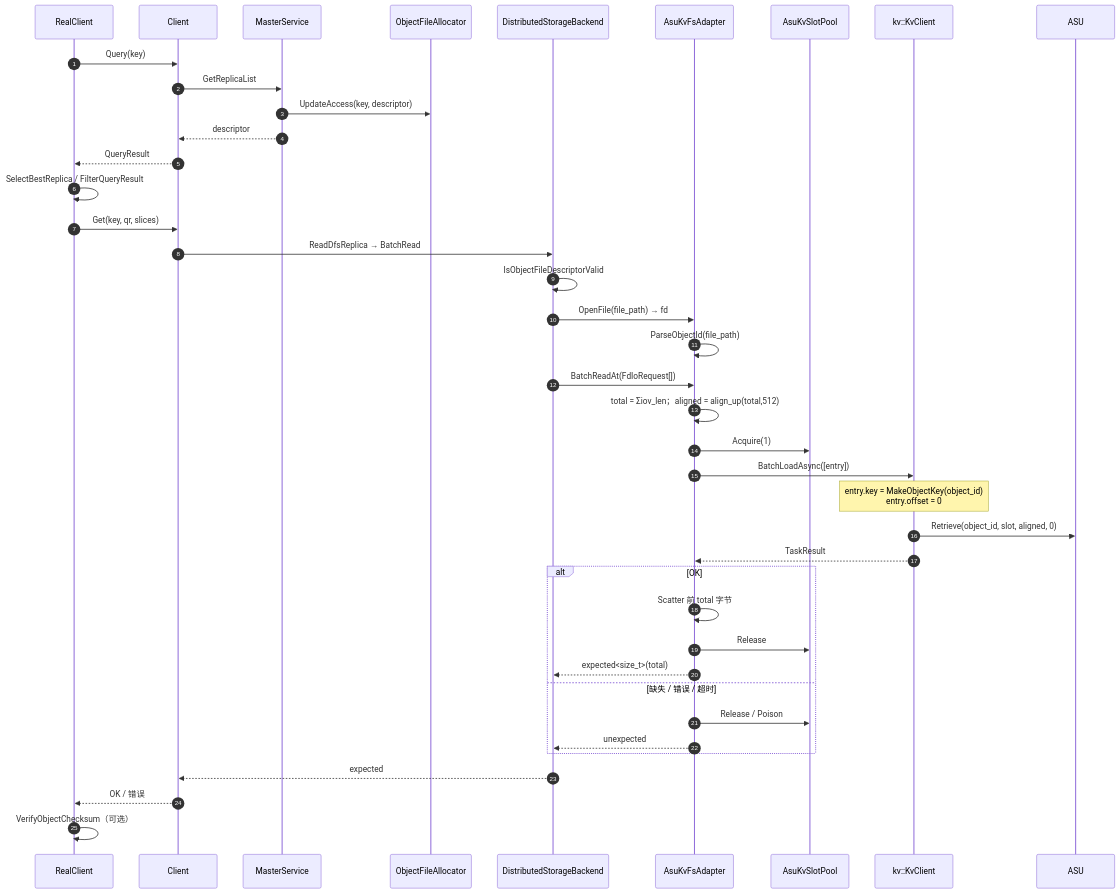
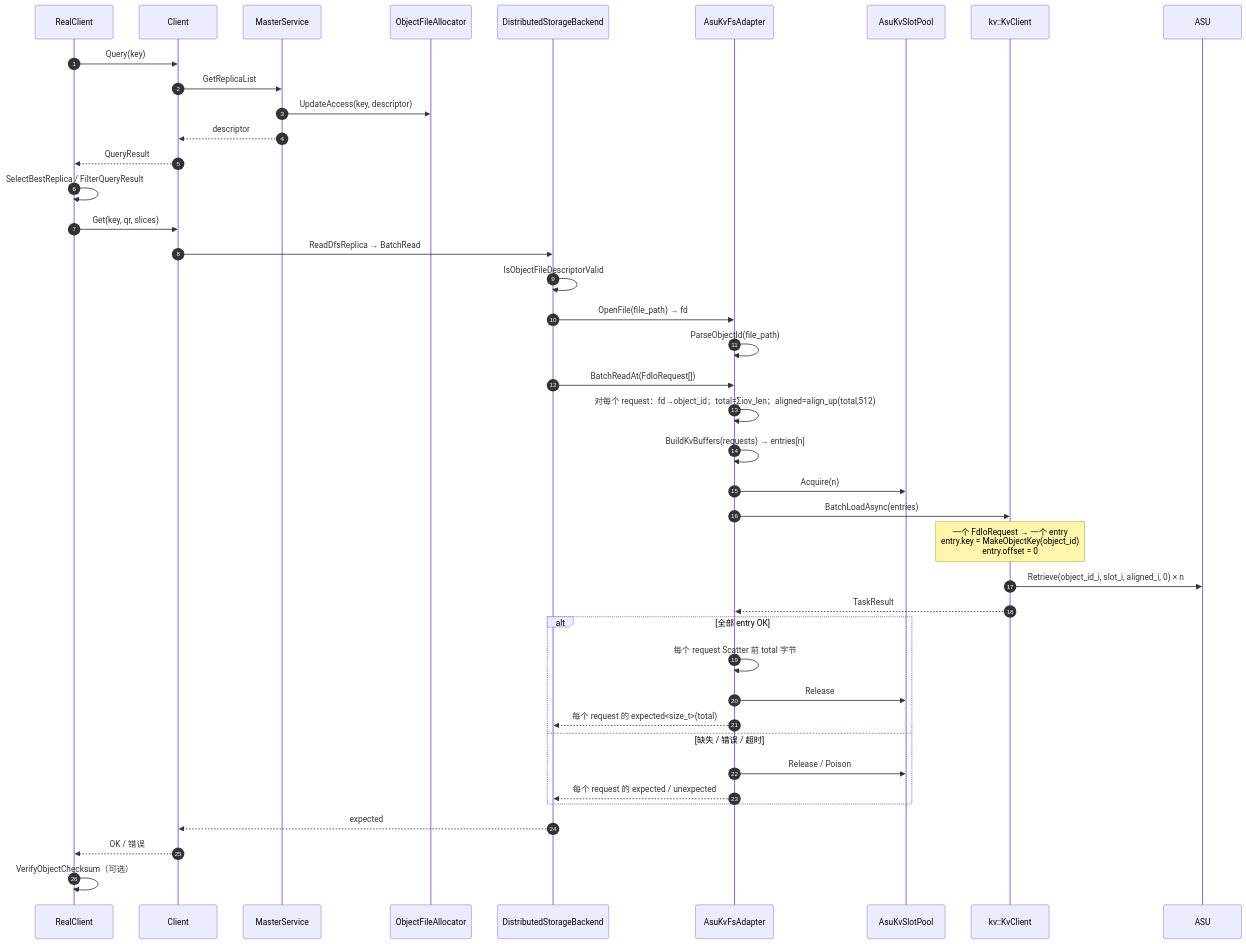
One commit to zwj20000328-dotcom/Mooncake-documents changed the sixth of 9 diagrams in asu-dfs-per-object-file-design.md. Above: the diagram before and after it, drawn with Mermaid. The commit also changed other lines of this file, not shown here.

Commit message:
modified:   asu-dfs-per-object-file-design.md

````diff
--- a/asu-dfs-per-object-file-design.md
+++ b/asu-dfs-per-object-file-design.md
@@ -360,43 +303,44 @@
 ```mermaid
 sequenceDiagram
     autonumber
     participant RC as RealClient
     participant C as Client
     participant MS as MasterService
     participant OA as ObjectFileAllocator
     participant BE as DistributedStorageBackend
     participant AD as AsuKvFsAdapter
     participant SL as AsuKvSlotPool
     participant KC as kv::KvClient
     participant ASU as ASU
 
     RC->>C: Query(key)
     C->>MS: GetReplicaList
     MS->>OA: UpdateAccess(key, descriptor)
     MS-->>C: descriptor
     C-->>RC: QueryResult
     RC->>RC: SelectBestReplica / FilterQueryResult
     RC->>C: Get(key, qr, slices)
     C->>BE: ReadDfsReplica → BatchRead
     BE->>BE: IsObjectFileDescriptorValid
     BE->>AD: OpenFile(file_path) → fd
     AD->>AD: ParseObjectId(file_path)
     BE->>AD: BatchReadAt(FdIoRequest[])
-    AD->>AD: total = Σiov_len；aligned = align_up(total,512)
-    AD->>SL: Acquire(1)
-    AD->>KC: BatchLoadAsync([entry])
-    Note over KC: entry.key = MakeObjectKey(object_id)<br/>entry.offset = 0
-    KC->>ASU: Retrieve(object_id, slot, aligned, 0)
+    AD->>AD: 对每个 request：fd→object_id；total=Σiov_len；aligned=align_up(total,512)
+    AD->>AD: BuildKvBuffers(requests) → entries[n]
+    AD->>SL: Acquire(n)
+    AD->>KC: BatchLoadAsync(entries)
+    Note over KC: 一个 FdIoRequest → 一个 entry<br/>entry.key = MakeObjectKey(object_id)<br/>entry.offset = 0
+    KC->>ASU: Retrieve(object_id_i, slot_i, aligned_i, 0) × n
     KC-->>AD: TaskResult
-    alt OK
-        AD->>AD: Scatter 前 total 字节
+    alt 全部 entry OK
+        AD->>AD: 每个 request Scatter 前 total 字节
         AD->>SL: Release
-        AD-->>BE: expected<size_t>(total)
+        AD-->>BE: 每个 request 的 expected<size_t>(total)
     else 缺失 / 错误 / 超时
         AD->>SL: Release / Poison
-        AD-->>BE: unexpected
+        AD-->>BE: 每个 request 的 expected / unexpected
     end
     BE-->>C: expected
     C-->>RC: OK / 错误
     RC->>RC: VerifyObjectChecksum（可选）
 ```
````
